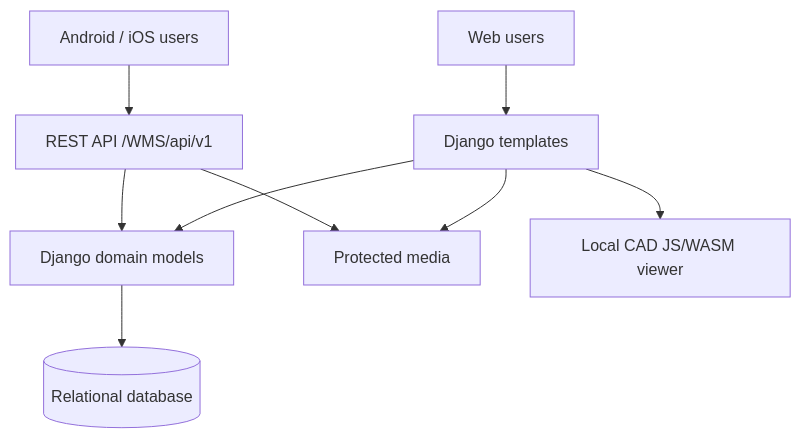
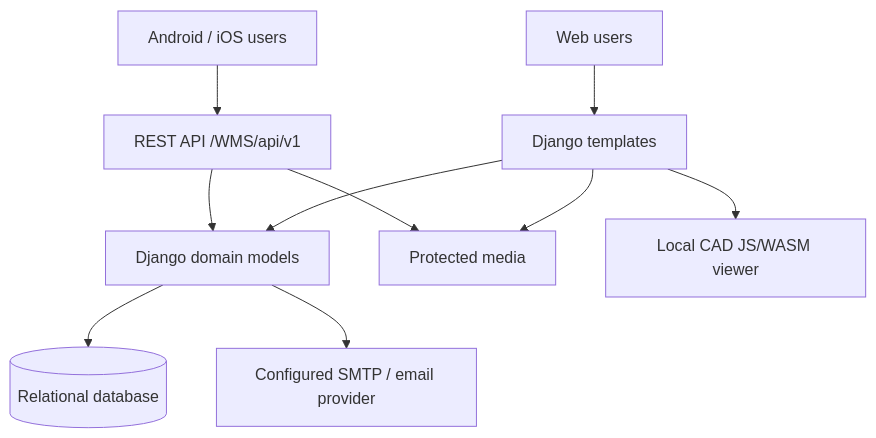
Before and after one commit to savad-rm/WMS: the diagram in docs/ARCHITECTURE.md, drawn with Mermaid. The commit also changed other lines of this file and 7 other files, not shown here.

Commit message:
update documentations with the latest logical and data flow changes

````diff
--- a/docs/ARCHITECTURE.md
+++ b/docs/ARCHITECTURE.md
@@ -5,11 +5,12 @@
 ```mermaid
 flowchart TB
   U["Web users"] --> T["Django templates"]
   M["Android / iOS users"] --> API["REST API /WMS/api/v1"]
   T --> D["Django domain models"]
   API --> D
   D --> DB[("Relational database")]
   T --> F["Protected media"]
   API --> F
   T --> CAD["Local CAD JS/WASM viewer"]
+  D --> SMTP["Configured SMTP / email provider"]
 ```
````
